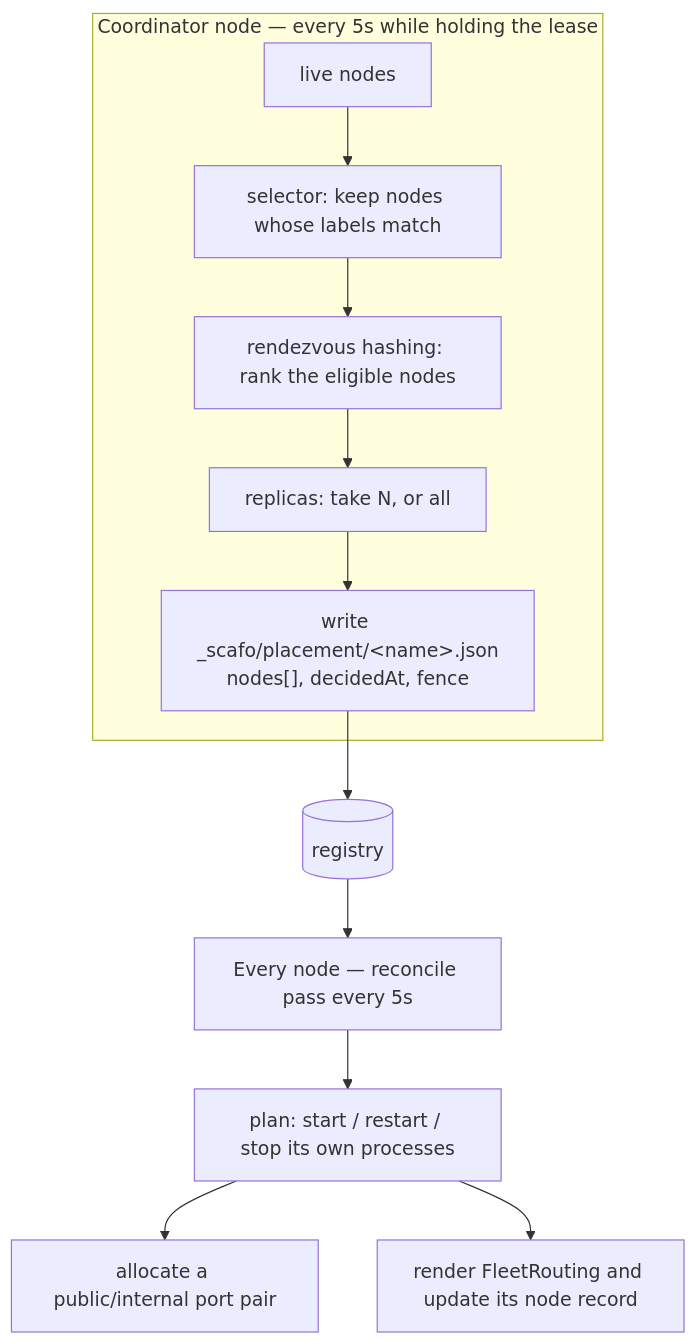
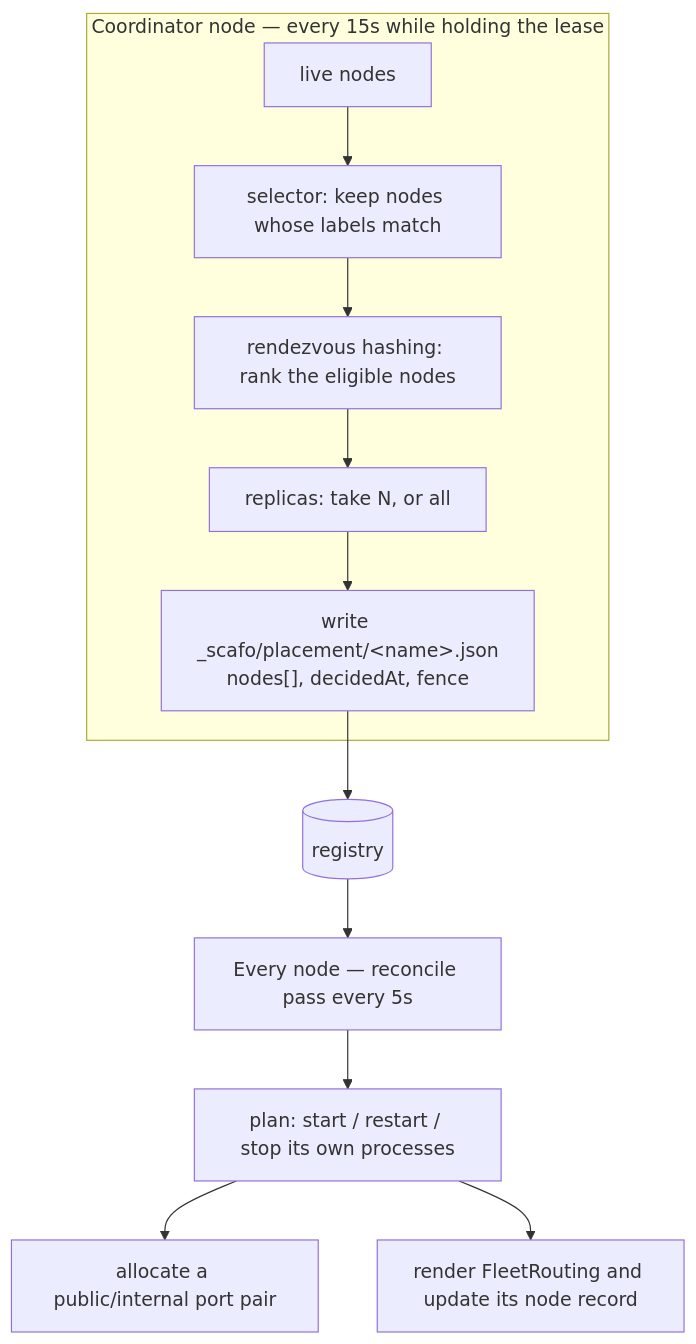
Before and after one commit to sandros94/scafo-docs: the diagram in 1.docs/13.placement.md, drawn with Mermaid. The commit also changed other lines of this file and 10 other files, not shown here.

````diff
--- a/1.docs/13.placement.md
+++ b/1.docs/13.placement.md
@@ -11,14 +11,14 @@
 ```mermaid
 flowchart TD
-  subgraph coordinator["Coordinator node — every 5s while holding the lease"]
+  subgraph coordinator["Coordinator node — every 15s while holding the lease"]
     live["live nodes"] --> sel["selector: keep nodes whose labels match"]
     sel --> rv["rendezvous hashing: rank the eligible nodes"]
     rv --> rep["replicas: take N, or all"]
     rep --> rec["write _scafo/placement/&lt;name&gt;.json<br/>nodes[], decidedAt, fence"]
   end
   rec --> bucket[("registry")]
   bucket --> node["Every node — reconcile pass every 5s"]
   node --> plan["plan: start / restart / stop its own processes"]
   plan --> ports["allocate a public/internal port pair"]
   plan --> routing["render FleetRouting and update its node record"]
 ```
````
